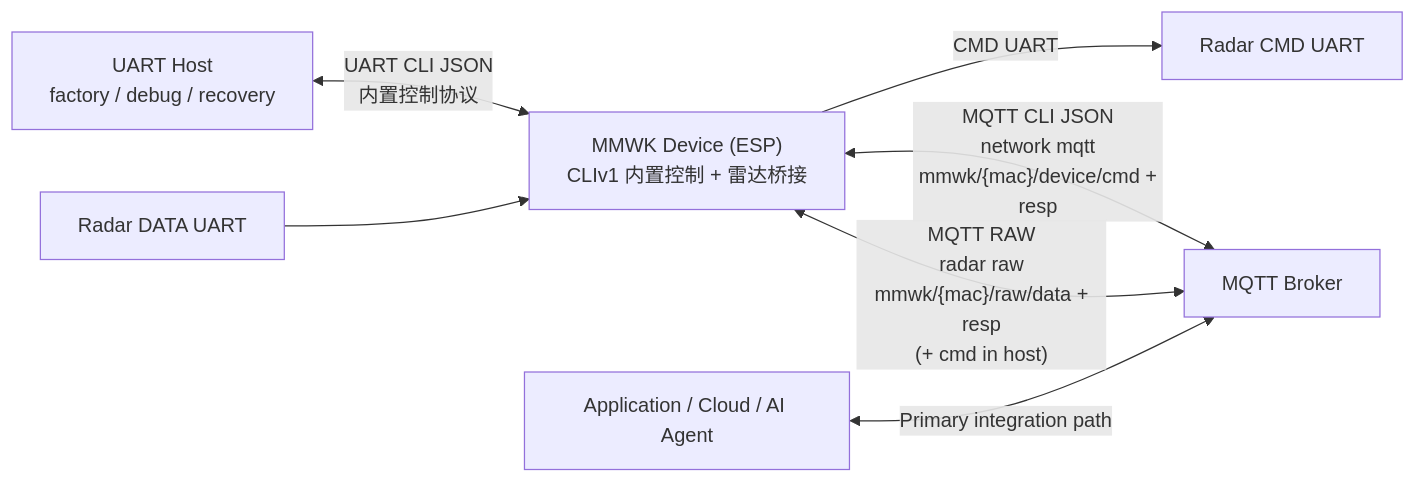
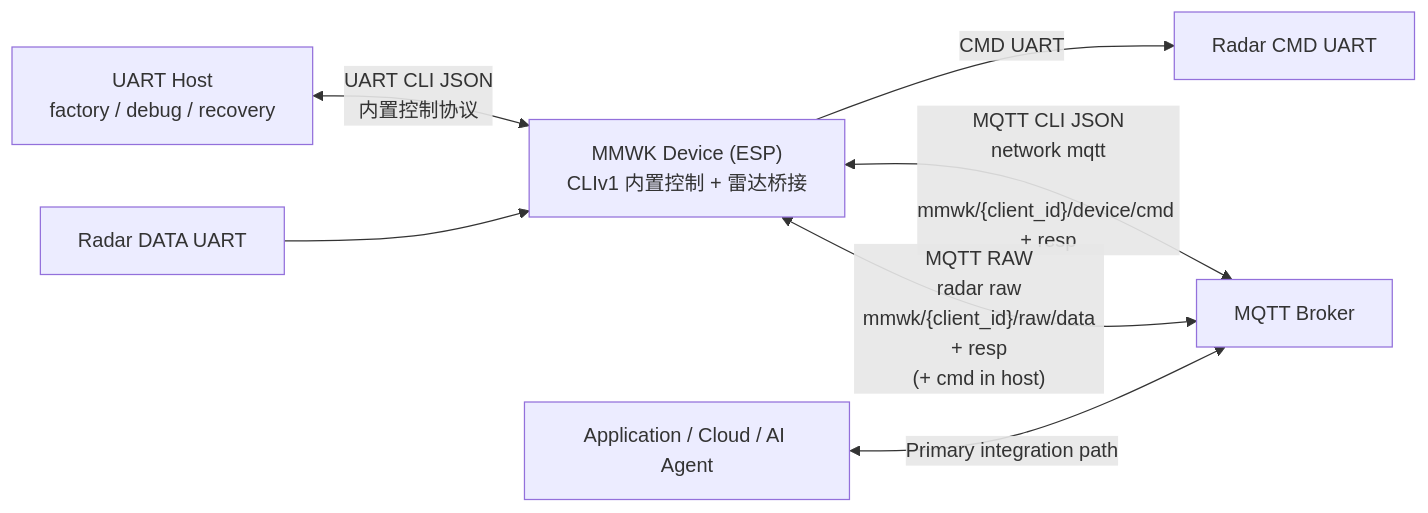
Before and after one commit to wavvar/mmwk: the diagram in cli/docs/zh-cn/README.md, drawn with Mermaid. The commit also changed other lines of this file and 4 other files, not shown here.

Commit message:
docs: document canonical mqtt client ids

````diff
--- a/cli/docs/zh-cn/README.md
+++ b/cli/docs/zh-cn/README.md
@@ -305,9 +305,9 @@
 ```mermaid
 flowchart LR
     U["UART Host\nfactory / debug / recovery"] <-->|"UART CLI JSON\n内置控制协议"| D["MMWK Device (ESP)\nCLIv1 内置控制 + 雷达桥接"]
     D -->|"CMD UART"| RC["Radar CMD UART"]
     RD["Radar DATA UART"] --> D
-    D <-->|"MQTT CLI JSON\nnetwork mqtt\n mmwk/{mac}/device/cmd + resp"| B["MQTT Broker"]
-    D <-->|"MQTT RAW\nradar raw\n mmwk/{mac}/raw/data + resp\n(+ cmd in host)"| B
+    D <-->|"MQTT CLI JSON\nnetwork mqtt\n mmwk/{client_id}/device/cmd + resp"| B["MQTT Broker"]
+    D <-->|"MQTT RAW\nradar raw\n mmwk/{client_id}/raw/data + resp\n(+ cmd in host)"| B
     A["Application / Cloud / AI Agent"] <-->|"Primary integration path"| B
 ```
````
